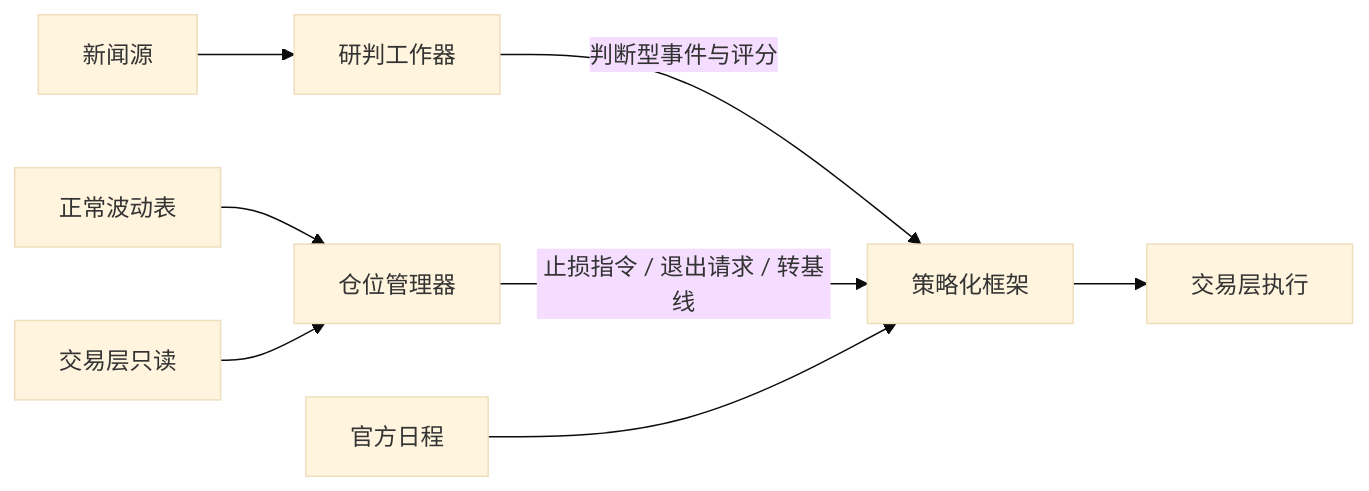
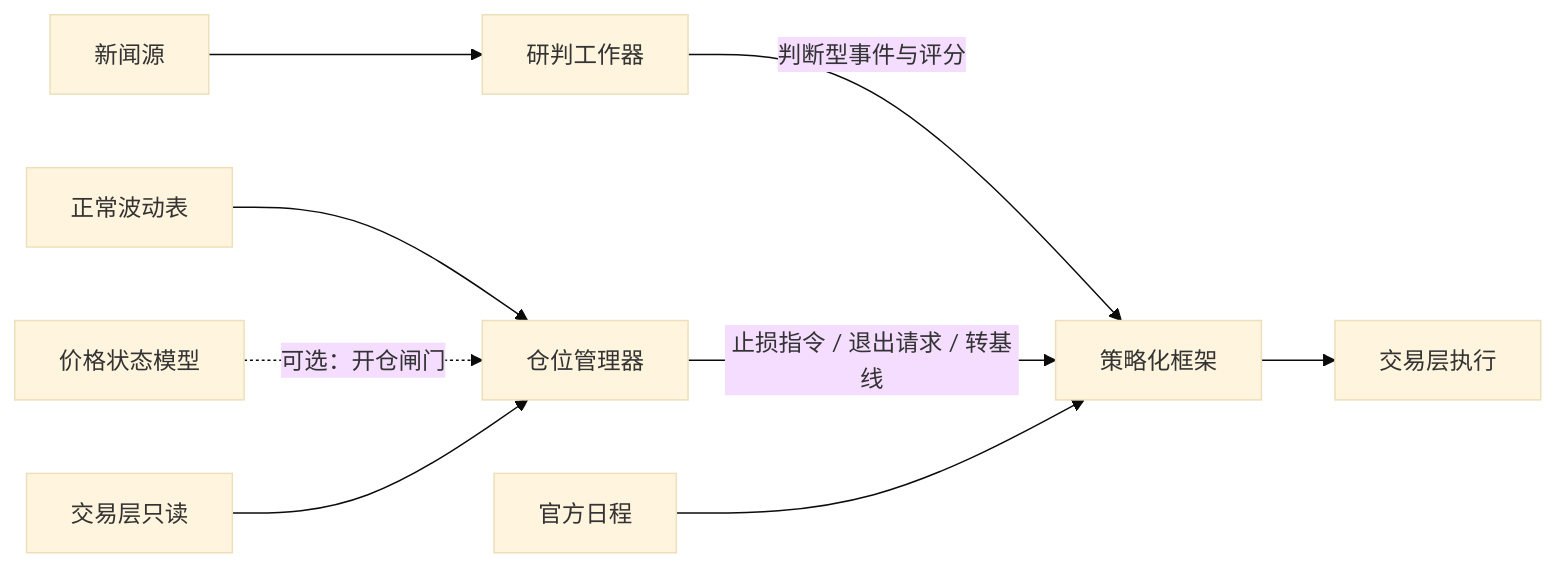
The diagram in doc/03_SOXLUSDT应用实例式样书.md (AceNanako0721/Factorforge), drawn with Mermaid (base theme) before and after one commit. The commit also changed other lines of this file and 28 other files, not shown here.

````diff
--- a/doc/03_SOXLUSDT应用实例式样书.md
+++ b/doc/03_SOXLUSDT应用实例式样书.md
@@ -21,10 +23,11 @@
 ```mermaid
 flowchart LR
   N[新闻源] --> JW[研判工作器]
   JW -->|判断型事件与评分| P2[策略化框架]
   PM[仓位管理器] -->|止损指令 / 退出请求 / 转基线| P2
   NT[正常波动表] --> PM
+  PS[价格状态模型] -.->|可选：开仓闸门| PM
   P1[交易层只读] --> PM
   CAL[官方日程] --> P2
   P2 --> P1x[交易层执行]
 ```
````
